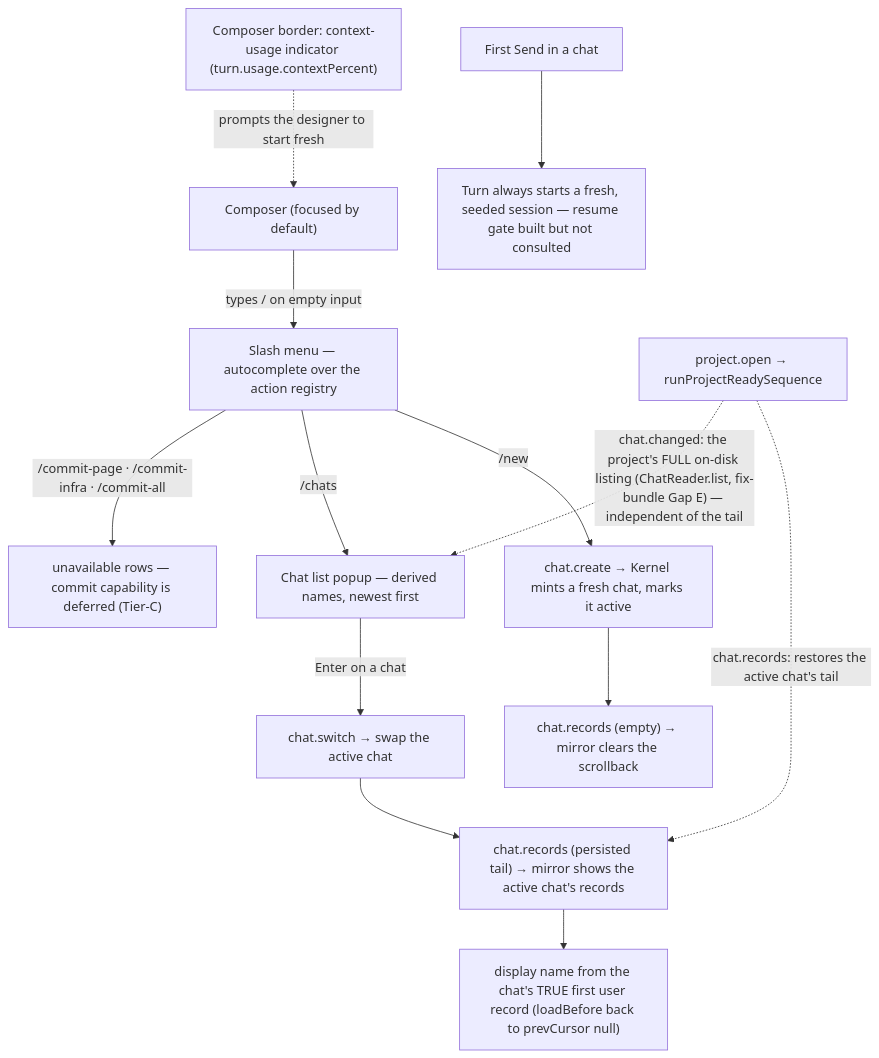
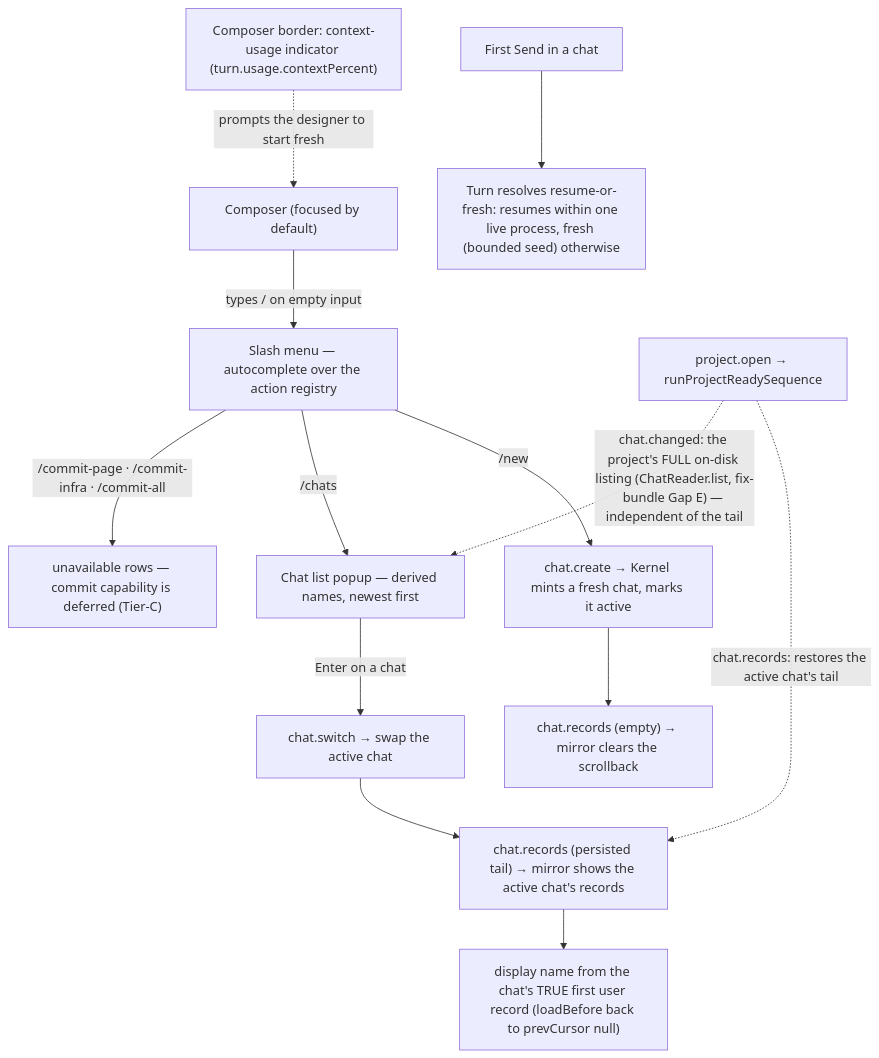
One commit to khmilevoi/termcraft changed the diagram in docs/architecture/flows/chats.md. Above: the diagram before and after it, drawn with Mermaid. The commit also changed other lines of this file and 89 other files, not shown here.

First line of the commit message:
fix: defect-fix pass, 2026-07-26 — turn/admission/finalize durability gaps, unconsumed startup failures, chat scrollback overflow

````diff
--- a/docs/architecture/flows/chats.md
+++ b/docs/architecture/flows/chats.md
@@ -3,15 +3,15 @@
 ```mermaid
 flowchart TD
     composer["Composer (focused by default)"] -- "types / on empty input" --> menu["Slash menu — autocomplete over the action registry"]
     menu -- "/new" --> create["chat.create → Kernel mints a fresh chat, marks it active"]
     menu -- "/chats" --> list["Chat list popup — derived names, newest first"]
     menu -- "/commit-page · /commit-infra · /commit-all" --> commit["unavailable rows — commit capability is deferred (Tier-C)"]
     list -- "Enter on a chat" --> switch["chat.switch → swap the active chat"]
     create --> emptytail["chat.records (empty) → mirror clears the scrollback"]
     switch --> tail["chat.records (persisted tail) → mirror shows the active chat's records"]
     tail --> name["display name from the chat's TRUE first user record (loadBefore back to prevCursor null)"]
-    send["First Send in a chat"] --> fresh["Turn always starts a fresh, seeded session — resume gate built but not consulted"]
+    send["First Send in a chat"] --> fresh["Turn resolves resume-or-fresh: resumes within one live process, fresh (bounded seed) otherwise"]
     relaunch["project.open → runProjectReadySequence"] -. "chat.records: restores the active chat's tail" .-> tail
     relaunch -. "chat.changed: the project's FULL on-disk listing (ChatReader.list, fix-bundle Gap E) — independent of the tail" .-> list
     usage["Composer border: context-usage indicator (turn.usage.contextPercent)"] -. "prompts the designer to start fresh" .-> composer
 ```
````
